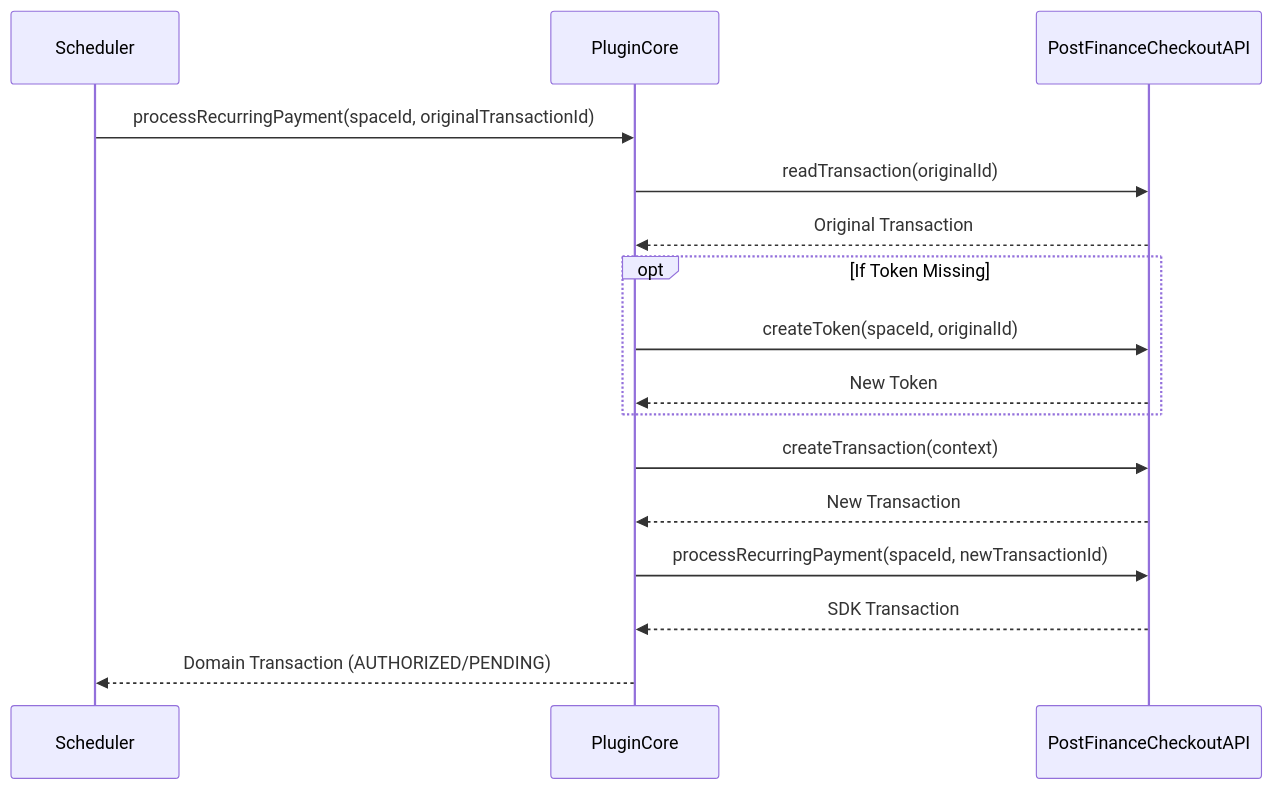
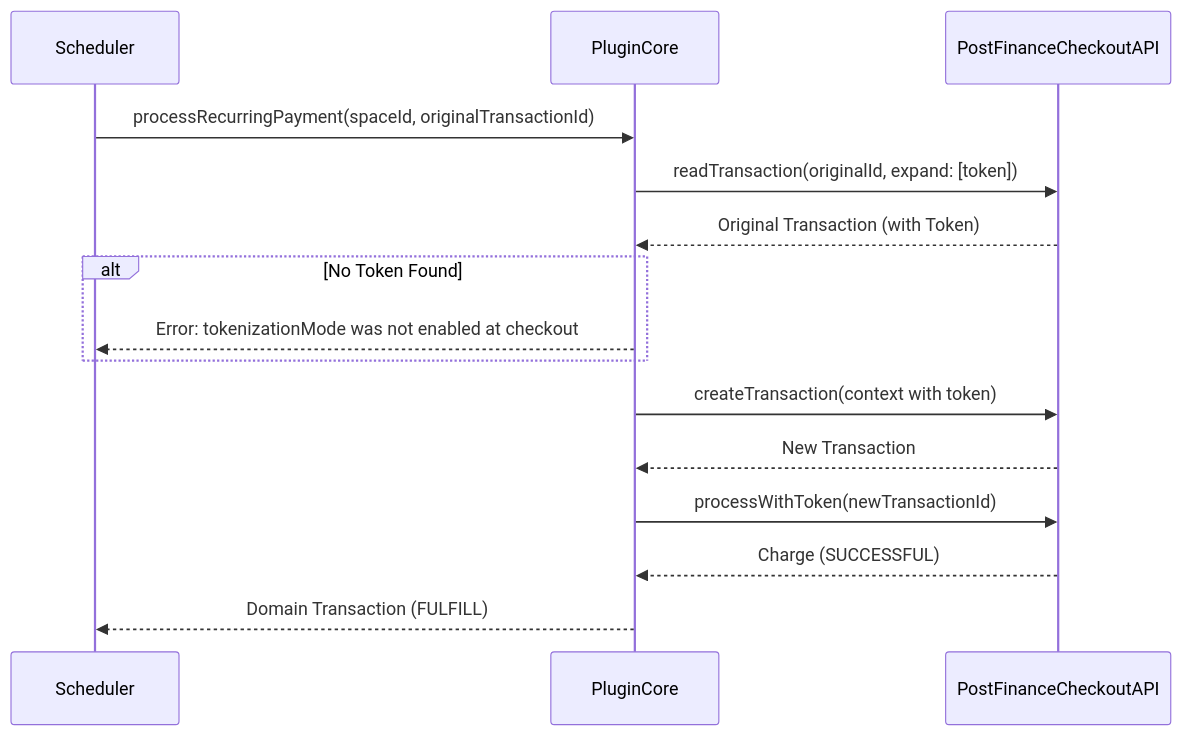
Before and after one commit to pfpayments/plugin-core: the diagram in docs/Recurring/README.md, drawn with Mermaid. The commit also changed other lines of this file and 138 other files, not shown here.

````diff
--- a/docs/Recurring/README.md
+++ b/docs/Recurring/README.md
@@ -64,22 +79,21 @@
 ```mermaid
 sequenceDiagram
     participant Scheduler
     participant PluginCore
     participant PostFinanceCheckoutAPI
 
     Scheduler->>PluginCore: processRecurringPayment(spaceId, originalTransactionId)
-    PluginCore->>PostFinanceCheckoutAPI: readTransaction(originalId)
-    PostFinanceCheckoutAPI-->>PluginCore: Original Transaction
+    PluginCore->>PostFinanceCheckoutAPI: readTransaction(originalId, expand: [token])
+    PostFinanceCheckoutAPI-->>PluginCore: Original Transaction (with Token)
     
-    opt If Token Missing
-        PluginCore->>PostFinanceCheckoutAPI: createToken(spaceId, originalId)
-        PostFinanceCheckoutAPI-->>PluginCore: New Token
+    alt No Token Found
+        PluginCore-->>Scheduler: Error: tokenizationMode was not enabled at checkout
     end
 
-    PluginCore->>PostFinanceCheckoutAPI: createTransaction(context)
+    PluginCore->>PostFinanceCheckoutAPI: createTransaction(context with token)
     PostFinanceCheckoutAPI-->>PluginCore: New Transaction
 
-    PluginCore->>PostFinanceCheckoutAPI: processRecurringPayment(spaceId, newTransactionId)
-    PostFinanceCheckoutAPI-->>PluginCore: SDK Transaction
-    PluginCore-->>Scheduler: Domain Transaction (AUTHORIZED/PENDING)
+    PluginCore->>PostFinanceCheckoutAPI: processWithToken(newTransactionId)
+    PostFinanceCheckoutAPI-->>PluginCore: Charge (SUCCESSFUL)
+    PluginCore-->>Scheduler: Domain Transaction (FULFILL)
 ```
````
